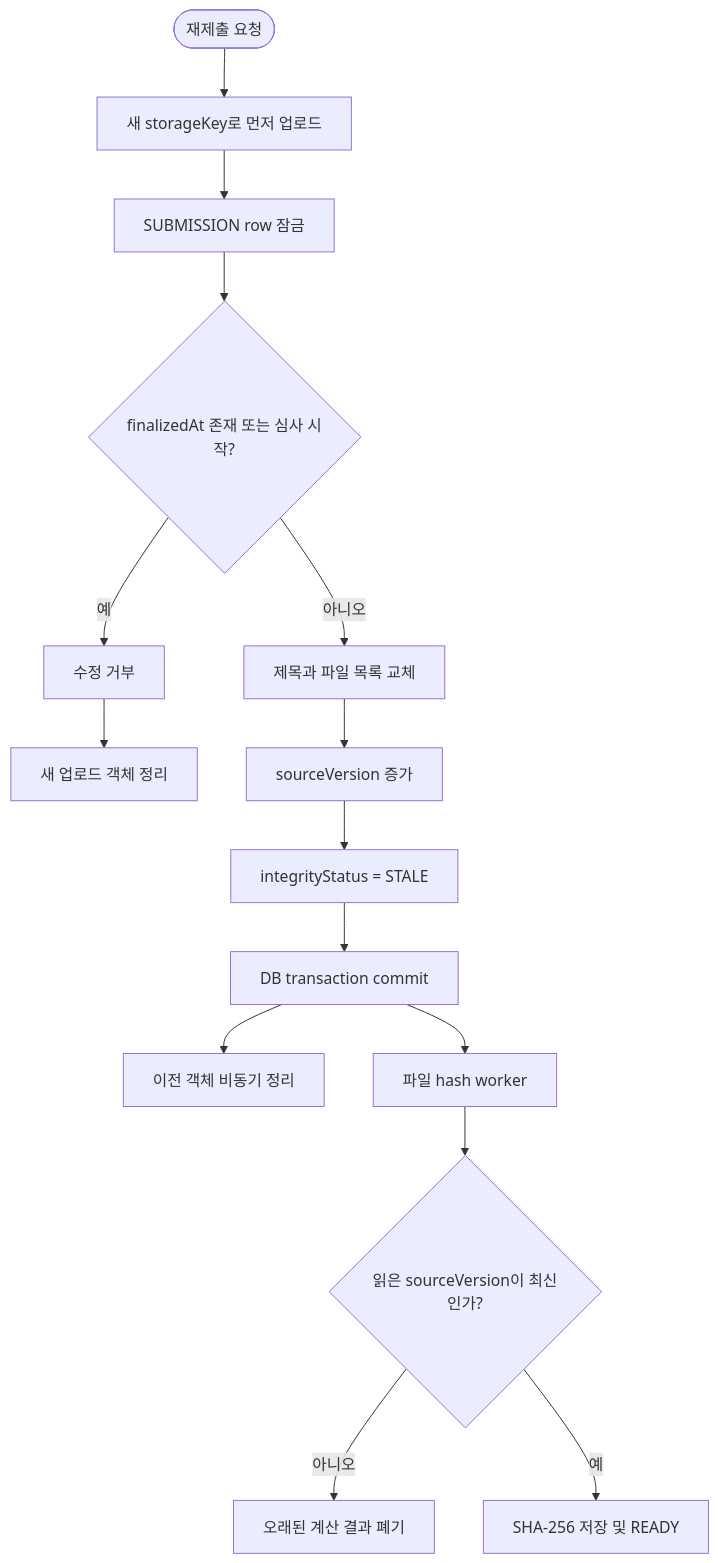
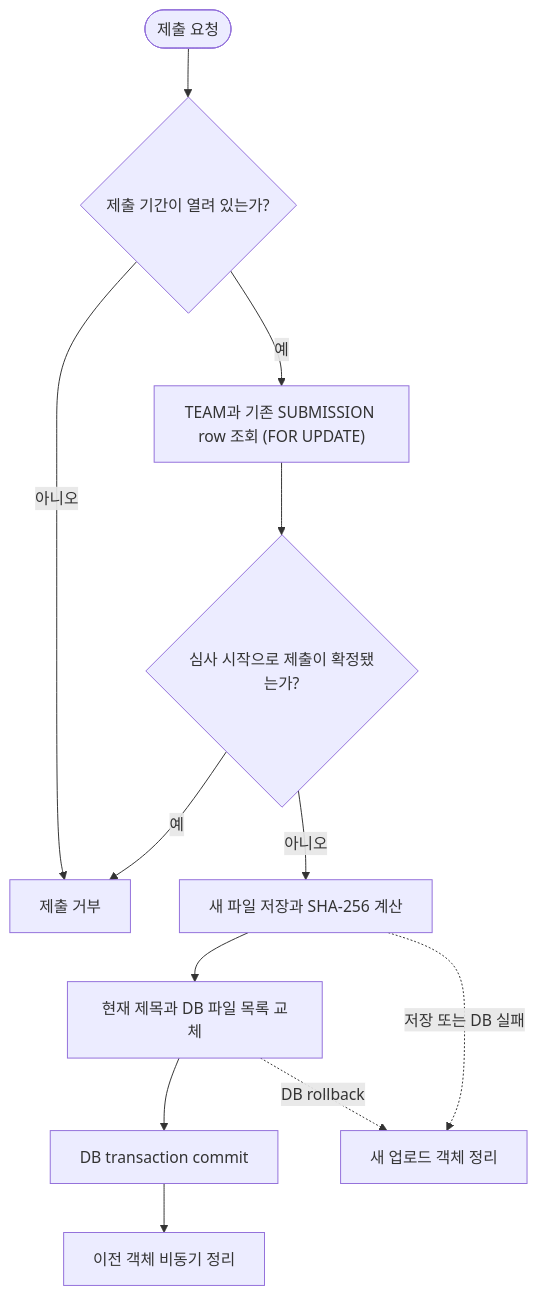
One commit to Tok-Baro/Trekkey_BackEnd changed the third of 16 diagrams in docs/erd-mvp.md. Above: the diagram before and after it, drawn with Mermaid. The commit also changed other lines of this file and 8 other files, not shown here.

Commit message:
docs: align ERD and prepare integration meeting

````diff
--- a/docs/erd-mvp.md
+++ b/docs/erd-mvp.md
@@ -155,17 +155,14 @@
 ```mermaid
 flowchart TD
-    request(["재제출 요청"]) --> upload["새 storageKey로 먼저 업로드"]
-    upload --> lock["SUBMISSION row 잠금"]
-    lock --> immutable{"finalizedAt 존재 또는 심사 시작?"}
-    immutable -->|"예"| reject["수정 거부"]
-    reject --> cleanupNew["새 업로드 객체 정리"]
-    immutable -->|"아니오"| replace["제목과 파일 목록 교체"]
-    replace --> increment["sourceVersion 증가"]
-    increment --> stale["integrityStatus = STALE"]
-    stale --> commit["DB transaction commit"]
+    request(["제출 요청"]) --> open{"제출 기간이 열려 있는가?"}
+    open -->|"아니오"| reject["제출 거부"]
+    open -->|"예"| lock["TEAM과 기존 SUBMISSION row 조회 (FOR UPDATE)"]
+    lock --> finalized{"심사 시작으로 제출이 확정됐는가?"}
+    finalized -->|"예"| reject
+    finalized -->|"아니오"| upload["새 파일 저장과 SHA-256 계산"]
+    upload --> replace["현재 제목과 DB 파일 목록 교체"]
+    replace --> commit["DB transaction commit"]
     commit --> cleanupOld["이전 객체 비동기 정리"]
-    commit --> hashWorker["파일 hash worker"]
-    hashWorker --> versionCheck{"읽은 sourceVersion이 최신인가?"}
-    versionCheck -->|"아니오"| discard["오래된 계산 결과 폐기"]
-    versionCheck -->|"예"| ready["SHA-256 저장 및 READY"]
+    upload -. "저장 또는 DB 실패" .-> cleanupNew["새 업로드 객체 정리"]
+    replace -. "DB rollback" .-> cleanupNew
 ```
````
